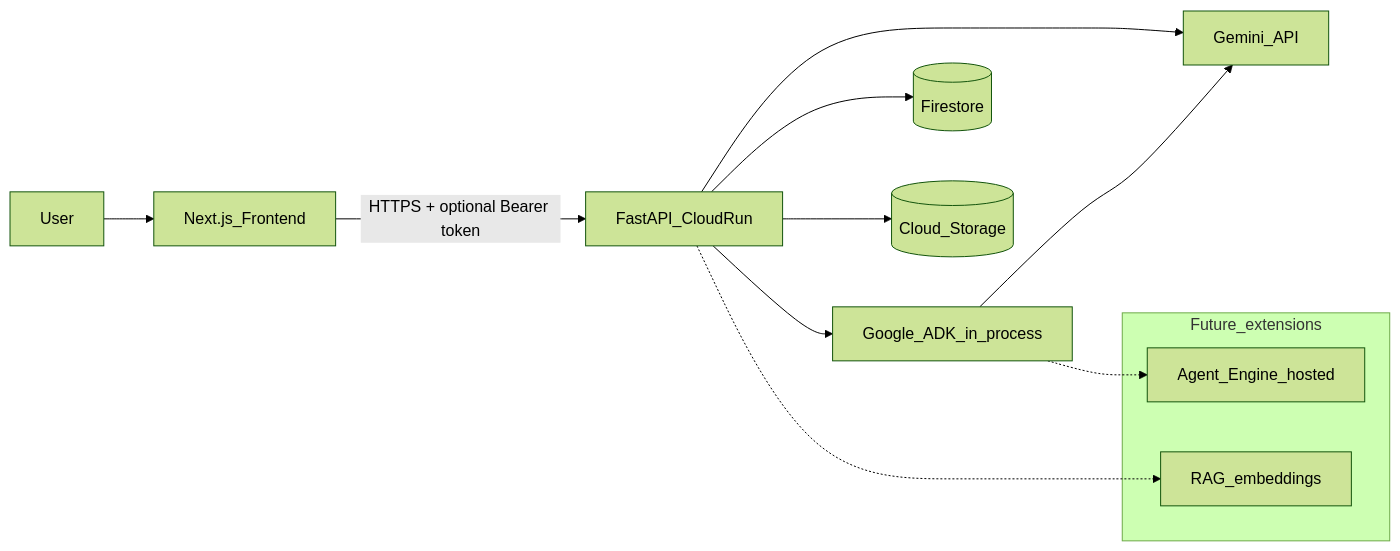
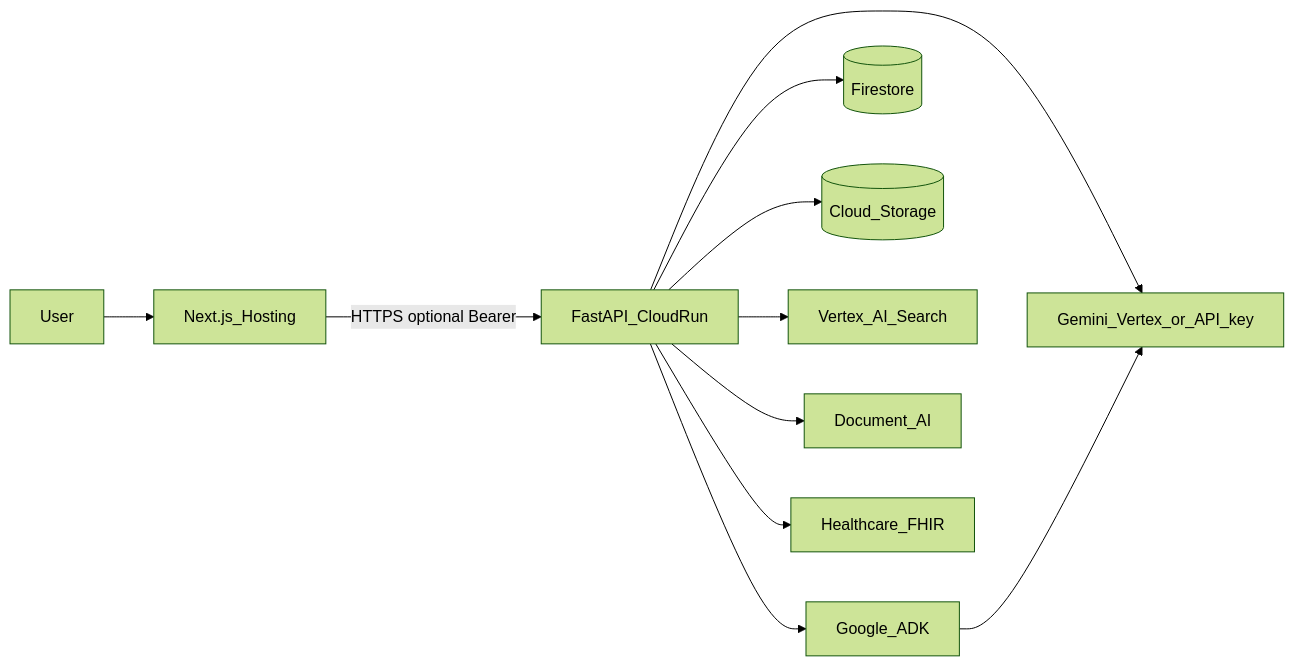
The diagram in docs/architecture.md (violinadoley/jivana-test), drawn with Mermaid (forest theme) before and after one commit. The commit also changed other lines of this file and 21 other files, not shown here.

````diff
--- a/docs/architecture.md
+++ b/docs/architecture.md
@@ -11,28 +14,24 @@
 ```mermaid
 flowchart LR
   User[User]
-  Next[Next.js_Frontend]
+  Next[Next.js_Hosting]
   API[FastAPI_CloudRun]
-  Gemini[Gemini_API]
+  Gemini[Gemini_Vertex_or_API_key]
+  ADK[Google_ADK]
   FS[(Firestore)]
   GCS[(Cloud_Storage)]
+  Search[Vertex_AI_Search]
+  DocAI[Document_AI]
+  FHIR[Healthcare_FHIR]
 
   User --> Next
-  Next -->|"HTTPS + optional Bearer token"| API
+  Next -->|HTTPS optional Bearer| API
   API --> Gemini
+  API --> ADK
+  ADK --> Gemini
   API --> FS
   API --> GCS
-
-  ADK[Google_ADK_in_process]
-
-  API --> ADK
-  ADK --> Gemini
-
-  subgraph future [Future_extensions]
-    RAG[RAG_embeddings]
-    AE[Agent_Engine_hosted]
-  end
-
-  API -.-> RAG
-  ADK -.-> AE
+  API --> Search
+  API --> DocAI
+  API --> FHIR
 ```
````
